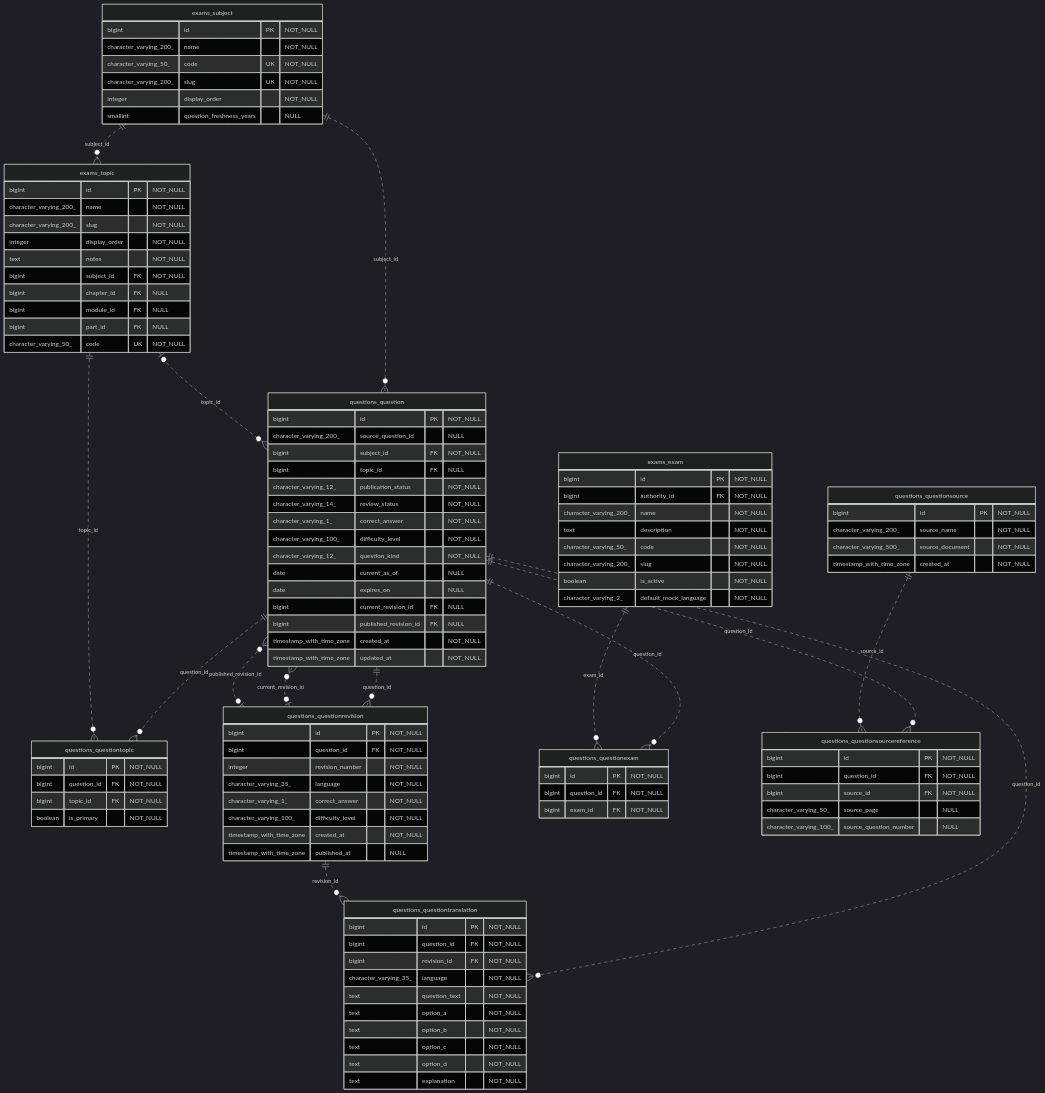
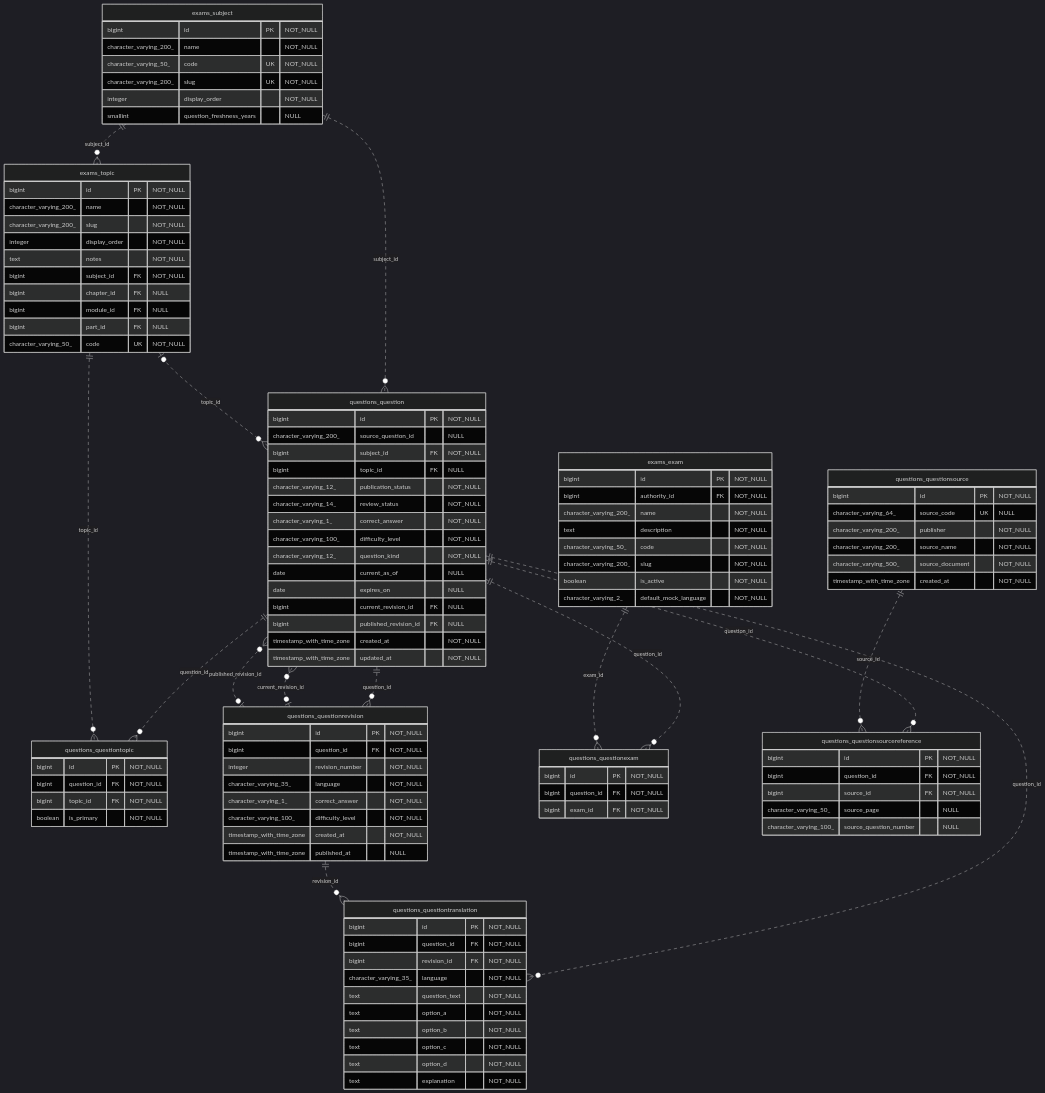
Before and after one commit to EZOPINC/mock: the diagram in docs/erd/questions-core.mmd, drawn with Mermaid (dark theme). The commit also changed 28 other files, not shown here.

```diff
--- a/docs/erd/questions-core.mmd
+++ b/docs/erd/questions-core.mmd
@@ -1,108 +1,110 @@
 erDiagram
     questions_question {
         bigint id PK "NOT_NULL"
         character_varying_200_ source_question_id "NULL"
         bigint subject_id FK "NOT_NULL"
         bigint topic_id FK "NULL"
         character_varying_12_ publication_status "NOT_NULL"
         character_varying_14_ review_status "NOT_NULL"
         character_varying_1_ correct_answer "NOT_NULL"
         character_varying_100_ difficulty_level "NOT_NULL"
         character_varying_12_ question_kind "NOT_NULL"
         date current_as_of "NULL"
         date expires_on "NULL"
         bigint current_revision_id FK "NULL"
         bigint published_revision_id FK "NULL"
         timestamp_with_time_zone created_at "NOT_NULL"
         timestamp_with_time_zone updated_at "NOT_NULL"
     }
     questions_questiontopic {
         bigint id PK "NOT_NULL"
         bigint question_id FK "NOT_NULL"
         bigint topic_id FK "NOT_NULL"
         boolean is_primary "NOT_NULL"
     }
     questions_questionrevision {
         bigint id PK "NOT_NULL"
         bigint question_id FK "NOT_NULL"
         integer revision_number "NOT_NULL"
         character_varying_35_ language "NOT_NULL"
         character_varying_1_ correct_answer "NOT_NULL"
         character_varying_100_ difficulty_level "NOT_NULL"
         timestamp_with_time_zone created_at "NOT_NULL"
         timestamp_with_time_zone published_at "NULL"
     }
     questions_questiontranslation {
         bigint id PK "NOT_NULL"
         bigint question_id FK "NOT_NULL"
         bigint revision_id FK "NOT_NULL"
         character_varying_35_ language "NOT_NULL"
         text question_text "NOT_NULL"
         text option_a "NOT_NULL"
         text option_b "NOT_NULL"
         text option_c "NOT_NULL"
         text option_d "NOT_NULL"
         text explanation "NOT_NULL"
     }
     questions_questionexam {
         bigint id PK "NOT_NULL"
         bigint question_id FK "NOT_NULL"
         bigint exam_id FK "NOT_NULL"
     }
     questions_questionsource {
         bigint id PK "NOT_NULL"
+        character_varying_64_ source_code UK "NULL"
+        character_varying_200_ publisher "NOT_NULL"
         character_varying_200_ source_name "NOT_NULL"
         character_varying_500_ source_document "NOT_NULL"
         timestamp_with_time_zone created_at "NOT_NULL"
     }
     questions_questionsourcereference {
         bigint id PK "NOT_NULL"
         bigint question_id FK "NOT_NULL"
         bigint source_id FK "NOT_NULL"
         character_varying_50_ source_page "NULL"
         character_varying_100_ source_question_number "NULL"
     }
     exams_subject {
         bigint id PK "NOT_NULL"
         character_varying_200_ name "NOT_NULL"
         character_varying_50_ code UK "NOT_NULL"
         character_varying_200_ slug UK "NOT_NULL"
         integer display_order "NOT_NULL"
         smallint question_freshness_years "NULL"
     }
     exams_topic {
         bigint id PK "NOT_NULL"
         character_varying_200_ name "NOT_NULL"
         character_varying_200_ slug "NOT_NULL"
         integer display_order "NOT_NULL"
         text notes "NOT_NULL"
         bigint subject_id FK "NOT_NULL"
         bigint chapter_id FK "NULL"
         bigint module_id FK "NULL"
         bigint part_id FK "NULL"
         character_varying_50_ code UK "NOT_NULL"
     }
     exams_exam {
         bigint id PK "NOT_NULL"
         bigint authority_id FK "NOT_NULL"
         character_varying_200_ name "NOT_NULL"
         text description "NOT_NULL"
         character_varying_50_ code "NOT_NULL"
         character_varying_200_ slug "NOT_NULL"
         boolean is_active "NOT_NULL"
         character_varying_2_ default_mock_language "NOT_NULL"
     }
     exams_subject ||..o{ questions_question : "subject_id"
     exams_topic o|..o{ questions_question : "topic_id"
     questions_questionrevision o|..o{ questions_question : "current_revision_id"
     questions_questionrevision o|..o{ questions_question : "published_revision_id"
     questions_question ||..o{ questions_questiontopic : "question_id"
     exams_topic ||..o{ questions_questiontopic : "topic_id"
     questions_question ||..o{ questions_questionrevision : "question_id"
     questions_question ||..o{ questions_questiontranslation : "question_id"
     questions_questionrevision ||..o{ questions_questiontranslation : "revision_id"
     questions_question ||..o{ questions_questionexam : "question_id"
     exams_exam ||..o{ questions_questionexam : "exam_id"
     questions_question ||..o{ questions_questionsourcereference : "question_id"
     questions_questionsource ||..o{ questions_questionsourcereference : "source_id"
     exams_subject ||..o{ exams_topic : "subject_id"
```
